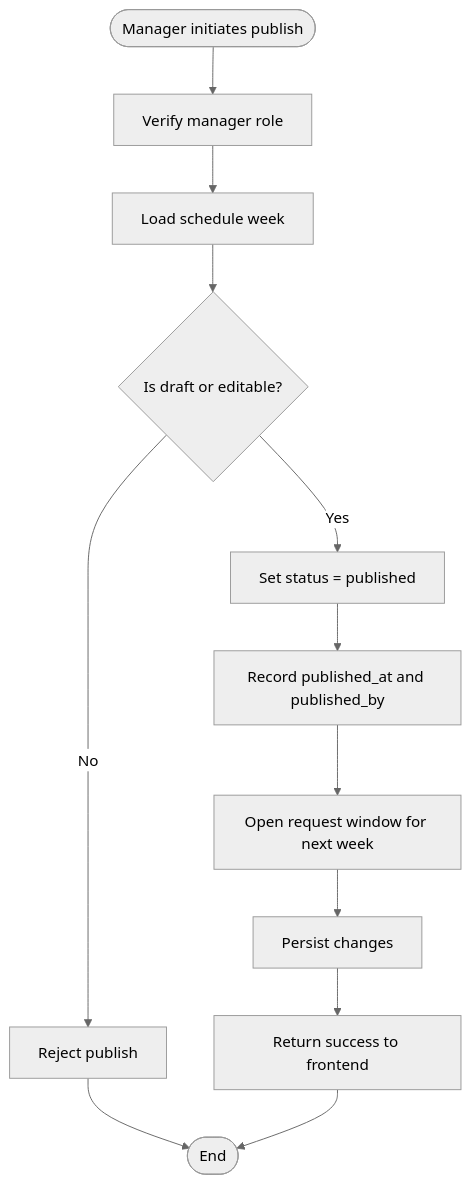
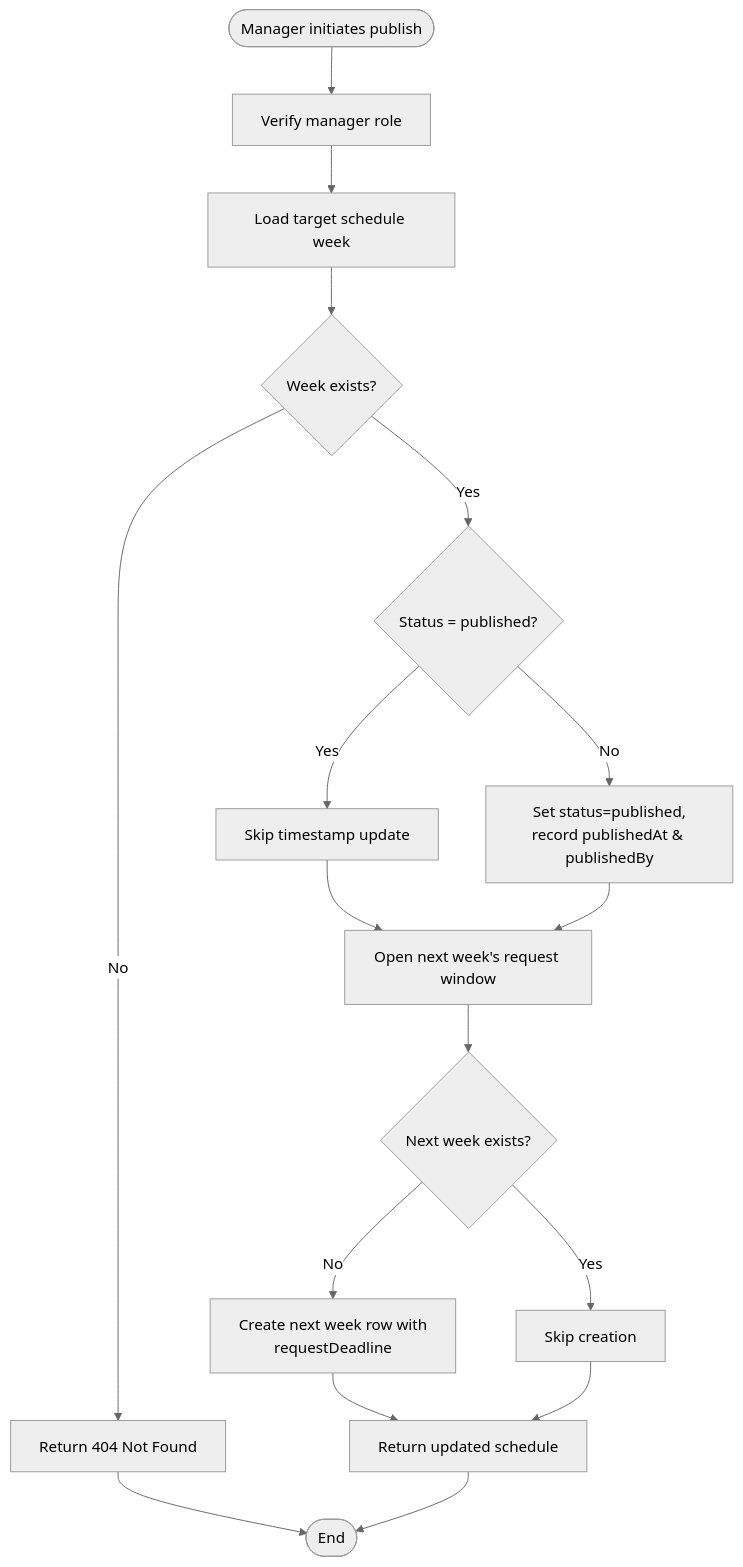
One commit to epo33m/scheduling changed the third of 8 diagrams in .qoder/repowiki/en/content/Product Requirements Document/Functional Specifications/Publishing Module (F6).md. Above: the diagram before and after it, drawn with Mermaid (neutral theme). The commit also changed other lines of this file and 77 other files, not shown here.

````diff
--- a/.qoder/repowiki/en/content/Product Requirements Document/Functional Specifications/Publishing Module (F6).md
+++ b/.qoder/repowiki/en/content/Product Requirements Document/Functional Specifications/Publishing Module (F6).md
@@ -122,14 +149,19 @@
 ```mermaid
 flowchart TD
 Start(["Manager initiates publish"]) --> AuthCheck["Verify manager role"]
-AuthCheck --> LoadWeek["Load schedule week"]
-LoadWeek --> ValidState{"Is draft or editable?"}
-ValidState --> |No| Reject["Reject publish"]
-ValidState --> |Yes| SetPublished["Set status = published"]
-SetPublished --> RecordTimestamps["Record published_at and published_by"]
-RecordTimestamps --> OpenNextRequestWindow["Open request window for next week"]
-OpenNextRequestWindow --> Persist["Persist changes"]
-Persist --> ReturnSuccess["Return success to frontend"]
-Reject --> End(["End"])
+AuthCheck --> LoadWeek["Load target schedule week"]
+LoadWeek --> Exists{"Week exists?"}
+Exists --> |No| NotFound["Return 404 Not Found"]
+Exists --> |Yes| CheckStatus{"Status = published?"}
+CheckStatus --> |Yes| SkipUpdate["Skip timestamp update"]
+CheckStatus --> |No| SetPublished["Set status=published,<br/>record publishedAt & publishedBy"]
+SkipUpdate --> OpenNextWindow["Open next week's request window"]
+SetPublished --> OpenNextWindow
+OpenNextWindow --> CreateNextWeek{"Next week exists?"}
+CreateNextWeek --> |No| CreateRow["Create next week row with<br/>requestDeadline"]
+CreateNextWeek --> |Yes| SkipCreation["Skip creation"]
+CreateRow --> ReturnSuccess["Return updated schedule"]
+SkipCreation --> ReturnSuccess
+NotFound --> End(["End"])
 ReturnSuccess --> End
 ```
````
